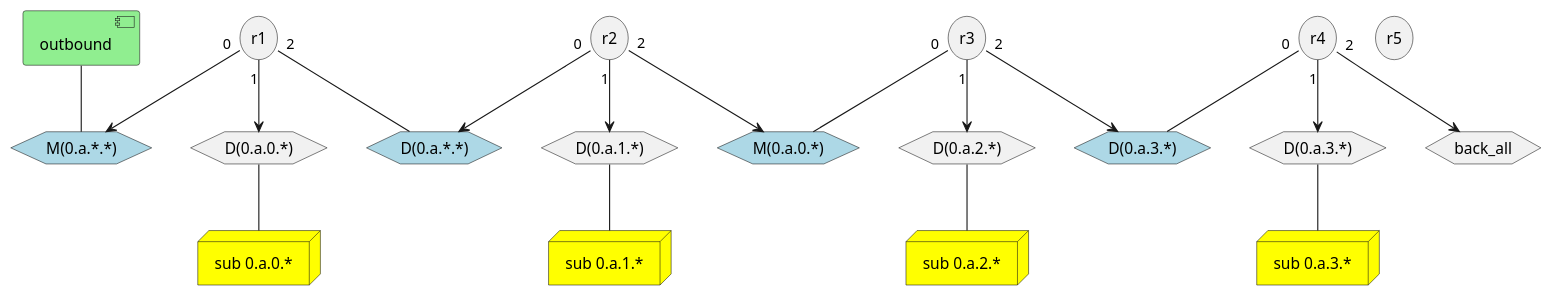
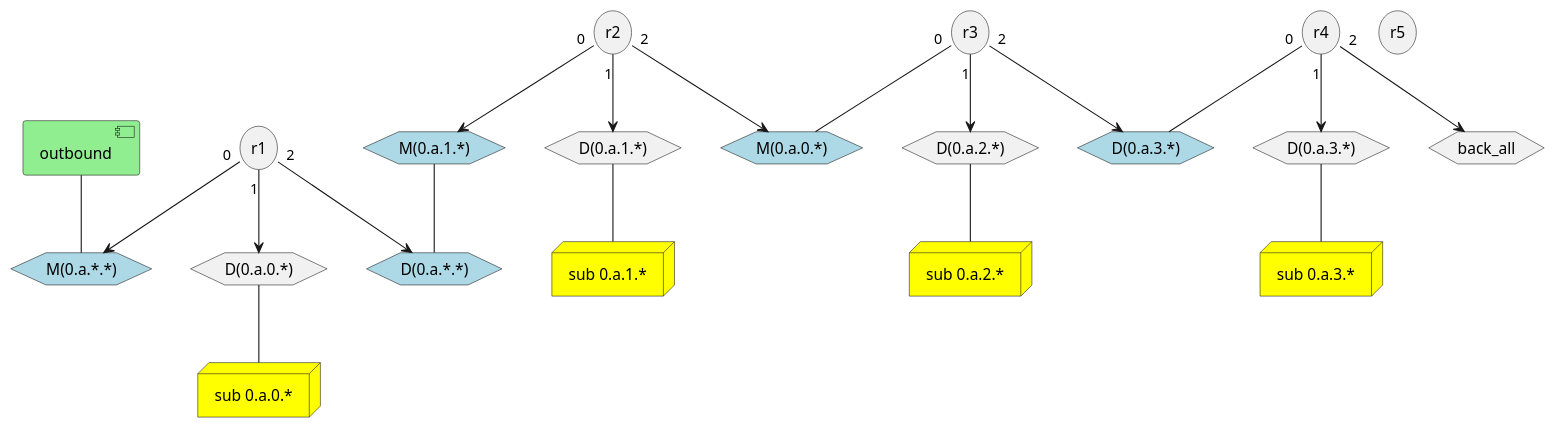
One commit to ogawa-atali/network changed the diagram in subnet-0axx.pu. Above: the diagram before and after it, drawn with PlantUML.

Commit message:
0a1xを追加

```diff
--- a/subnet-0axx.pu
+++ b/subnet-0axx.pu
@@ -1,56 +1,60 @@
 @startuml subnet-0axx
 
 component outbound #LightGreen
 
 node "sub 0.a.0.*" as sub_0a0x #Yellow
 node "sub 0.a.1.*" as sub_0a1x #Yellow
 node "sub 0.a.2.*" as sub_0a2x #Yellow
 node "sub 0.a.3.*" as sub_0a3x #Yellow
 
 storage r1
 storage r2
 storage r3
 storage r4
 storage r5
 
 hexagon "D(0.a.0.*)" as D_0a0x
 hexagon "D(0.a.1.*)" as D_0a1x
 hexagon "D(0.a.2.*)" as D_0a2x
 hexagon "D(0.a.3.*)" as D_0a3x
 
 hexagon back_all
 
 ' 0a1x -> 0a0xパケットが外に流出するのを防ぐ 
 hexagon "M(0.a.*.*)" as M_0axx #LightBlue
 ' 0a0x -> outboundが無駄な部分に流れるのを防ぐ
 hexagon "D(0.a.*.*)" as D_0axx #LightBlue
 ' 0a1x -> 0a0xパケットが無駄な部分に流れるのを防ぐ  
 hexagon "M(0.a.0.*)" as M_0a0x #LightBlue
 ' 0a2x -> !(0a3x)のパケットが無駄な部分に流れるのを防ぐ
 hexagon "D(0.a.3.*)" as D_0a3x_2 #LightBlue
+' 0a2x -> 0a1xのパケットが無駄な部分に流れるのを防ぐ
+hexagon "M(0.a.1.*)" as M_0a1x #LightBlue
 
 outbound -- M_0axx
 
 
 r1 "0" --> M_0axx
 r1 "1" --> D_0a0x
-r1 "2" -- D_0axx
+r1 "2" --> D_0axx
 
-r2 "0" --> D_0axx
+M_0a1x -- D_0axx
+
+r2 "0" --> M_0a1x
 r2 "1" --> D_0a1x
 r2 "2" --> M_0a0x
 
 r3 "0" -- M_0a0x
 r3 "1" --> D_0a2x
 r3 "2" --> D_0a3x_2
 
 r4 "0" -- D_0a3x_2
 r4 "1" --> D_0a3x
 r4 "2" --> back_all
 
 D_0a0x -- sub_0a0x
 D_0a1x -- sub_0a1x
 D_0a2x -- sub_0a2x
 D_0a3x -- sub_0a3x
 
 @enduml
```
